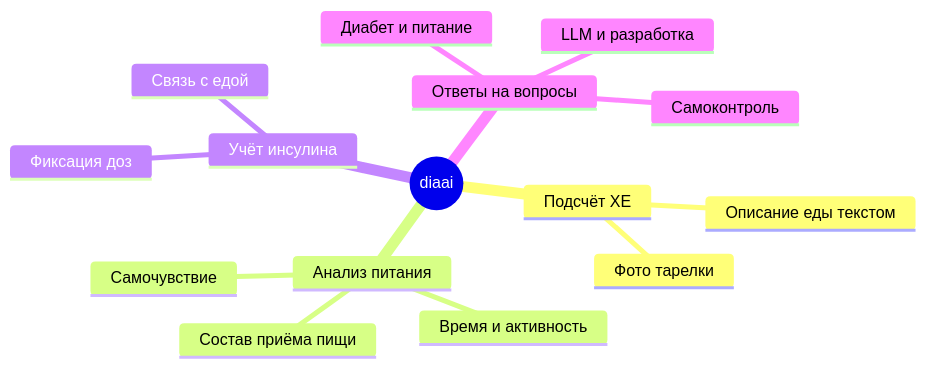
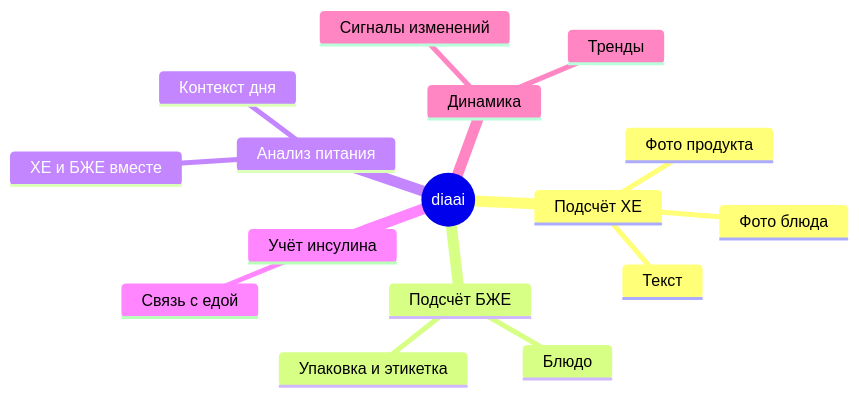
The third of 4 diagrams in README.md (zatulik2606/diaai), drawn with Mermaid before and after one commit. The commit also changed other lines of this file and 1 other file, not shown here.

````diff
--- a/README.md
+++ b/README.md
@@ -44,18 +69,19 @@
 ```mermaid
 mindmap
   root((diaai))
     Подсчёт ХЕ
-      Описание еды текстом
-      Фото тарелки
+      Текст
+      Фото блюда
+      Фото продукта
+    Подсчёт БЖЕ
+      Блюдо
+      Упаковка и этикетка
     Анализ питания
-      Состав приёма пищи
-      Время и активность
-      Самочувствие
+      ХЕ и БЖЕ вместе
+      Контекст дня
     Учёт инсулина
-      Фиксация доз
       Связь с едой
-    Ответы на вопросы
-      Диабет и питание
-      Самоконтроль
-      LLM и разработка
+    Динамика
+      Тренды
+      Сигналы изменений
 ```
````
